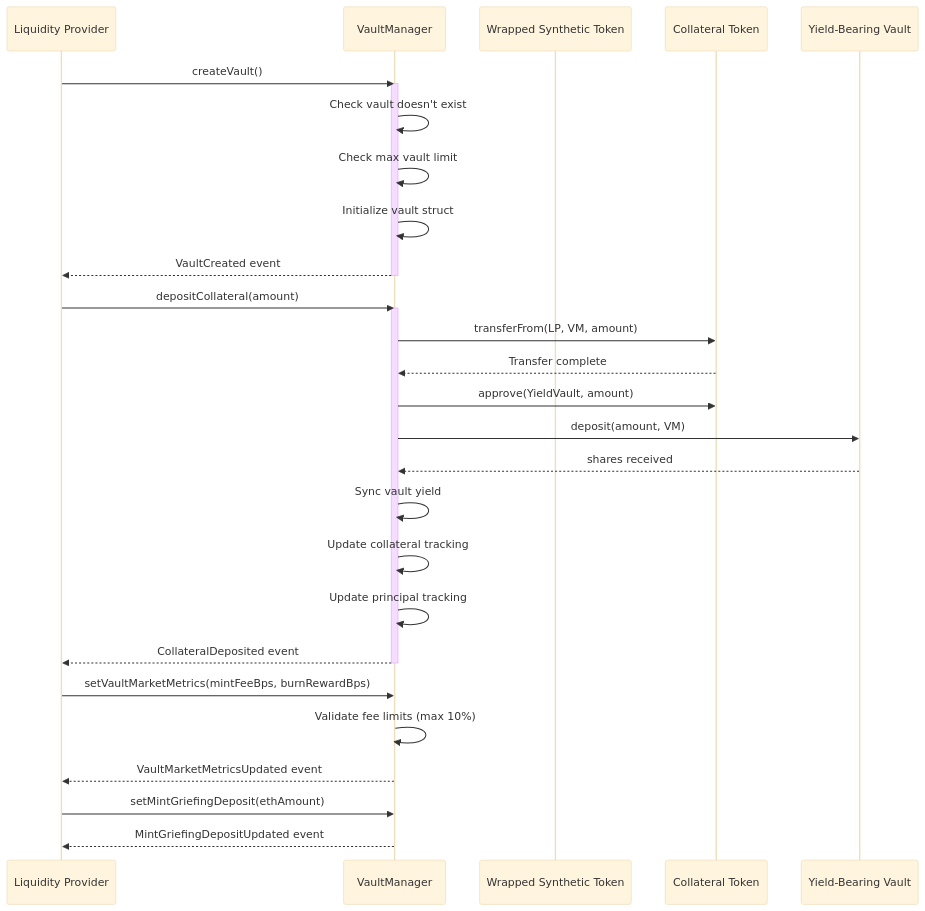
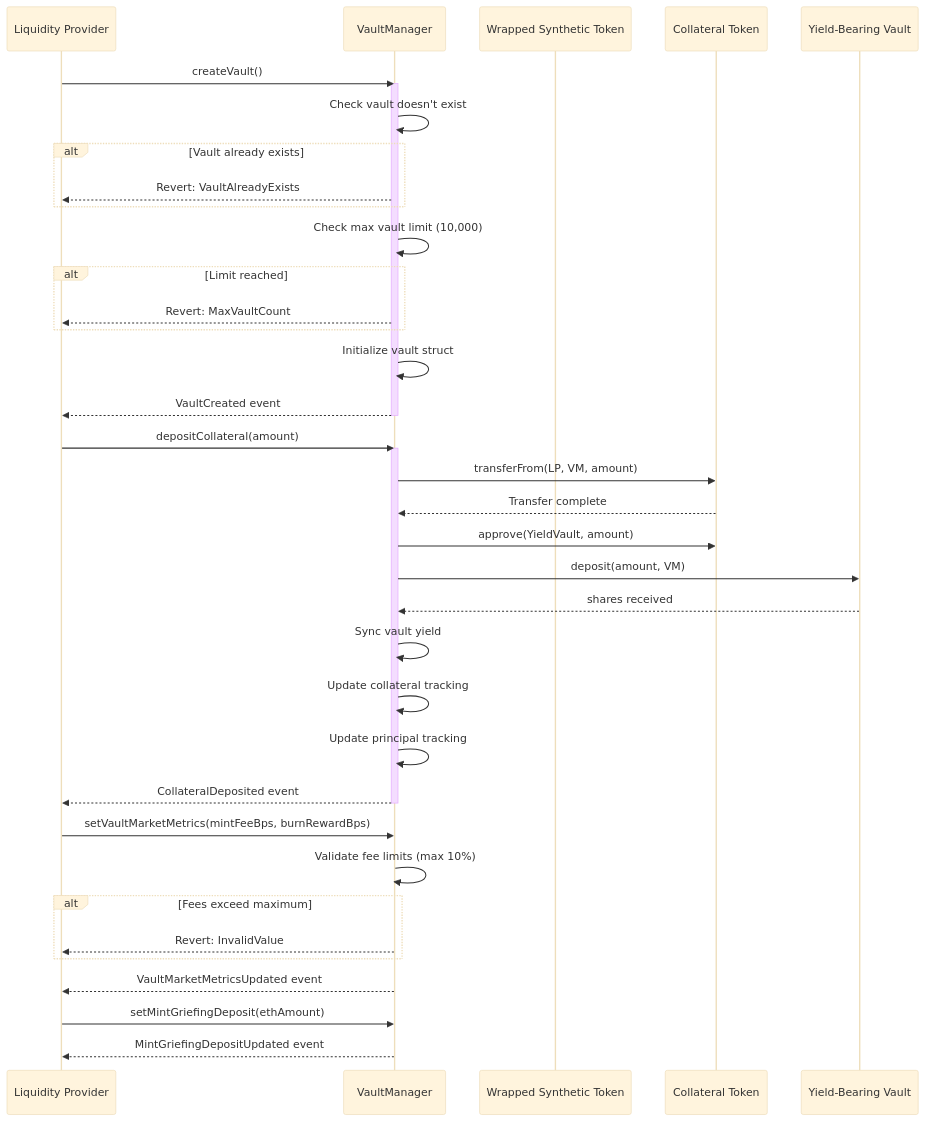
The second of 19 diagrams in docs/sequenceDiagrams.md (madschristensen99/wrapsynth), drawn with Mermaid (base theme) before and after one commit. The commit also changed other lines of this file and 32 other files, not shown here.

````diff
--- a/docs/sequenceDiagrams.md
+++ b/docs/sequenceDiagrams.md
@@ -71,38 +72,47 @@
 ```mermaid
 sequenceDiagram
     participant LP as Liquidity Provider
     participant VM as VaultManager
     participant Token as Wrapped Synthetic Token
     participant Collateral as Collateral Token
     participant YieldVault as Yield-Bearing Vault
 
     LP->>VM: createVault()
     activate VM
     VM->>VM: Check vault doesn't exist
-    VM->>VM: Check max vault limit
+    alt Vault already exists
+        VM-->>LP: Revert: VaultAlreadyExists
+    end
+    VM->>VM: Check max vault limit (10,000)
+    alt Limit reached
+        VM-->>LP: Revert: MaxVaultCount
+    end
     VM->>VM: Initialize vault struct
     VM-->>LP: VaultCreated event
     deactivate VM
 
     LP->>VM: depositCollateral(amount)
     activate VM
     VM->>Collateral: transferFrom(LP, VM, amount)
     Collateral-->>VM: Transfer complete
     
     VM->>Collateral: approve(YieldVault, amount)
     VM->>YieldVault: deposit(amount, VM)
     YieldVault-->>VM: shares received
     
     VM->>VM: Sync vault yield
     VM->>VM: Update collateral tracking
     VM->>VM: Update principal tracking
     VM-->>LP: CollateralDeposited event
     deactivate VM
 
     LP->>VM: setVaultMarketMetrics(mintFeeBps, burnRewardBps)
     VM->>VM: Validate fee limits (max 10%)
+    alt Fees exceed maximum
+        VM-->>LP: Revert: InvalidValue
+    end
     VM-->>LP: VaultMarketMetricsUpdated event
 
     LP->>VM: setMintGriefingDeposit(ethAmount)
     VM-->>LP: MintGriefingDepositUpdated event
 ```
````
